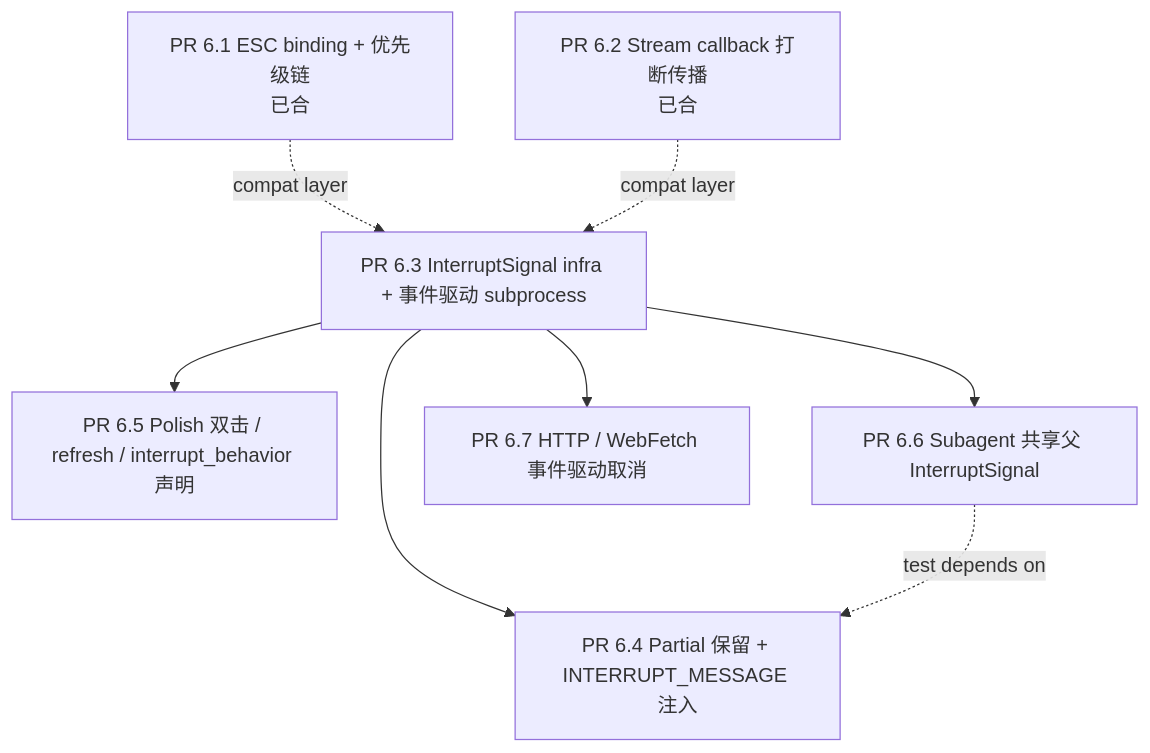
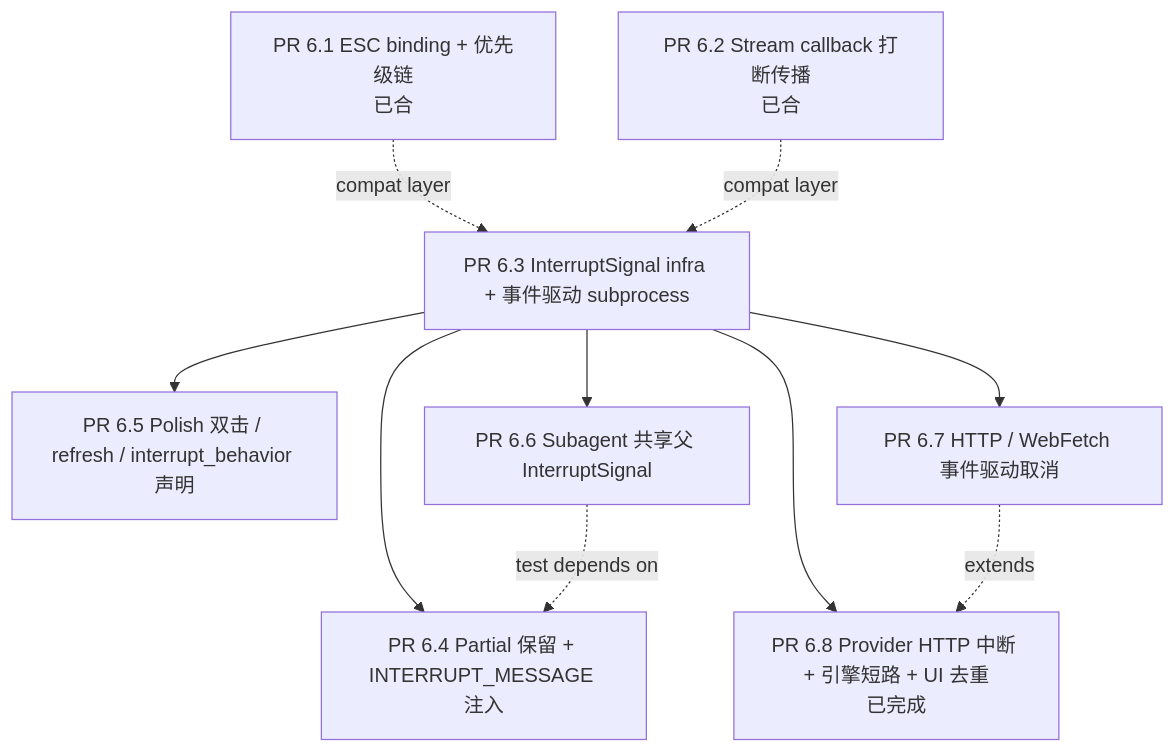
One commit to ColarDriver/Aether changed the diagram in docs/sprint-6-interrupt-overhaul/00_overview.md. Above: the diagram before and after it, drawn with Mermaid. The commit also changed other lines of this file and 9 other files, not shown here.

First line of the commit message:
fix: instant Ctrl+C interrupt — provider HTTP listener + engine short-circuit

````diff
--- a/docs/sprint-6-interrupt-overhaul/00_overview.md
+++ b/docs/sprint-6-interrupt-overhaul/00_overview.md
@@ -99,18 +99,21 @@
 ```mermaid
 graph TD
     PR61[PR 6.1 ESC binding + 优先级链<br/>已合]
     PR62[PR 6.2 Stream callback 打断传播<br/>已合]
     PR63[PR 6.3 InterruptSignal infra + 事件驱动 subprocess]
     PR64[PR 6.4 Partial 保留 + INTERRUPT_MESSAGE 注入]
     PR65[PR 6.5 Polish 双击 / refresh / interrupt_behavior 声明]
     PR66[PR 6.6 Subagent 共享父 InterruptSignal]
     PR67[PR 6.7 HTTP / WebFetch 事件驱动取消]
+    PR68[PR 6.8 Provider HTTP 中断 + 引擎短路 + UI 去重<br/>已完成]
 
     PR61 -.compat layer.-> PR63
     PR62 -.compat layer.-> PR63
     PR63 --> PR64
     PR63 --> PR65
     PR63 --> PR66
     PR63 --> PR67
+    PR63 --> PR68
+    PR67 -.extends.-> PR68
     PR66 -.test depends on.-> PR64
 ```
````
